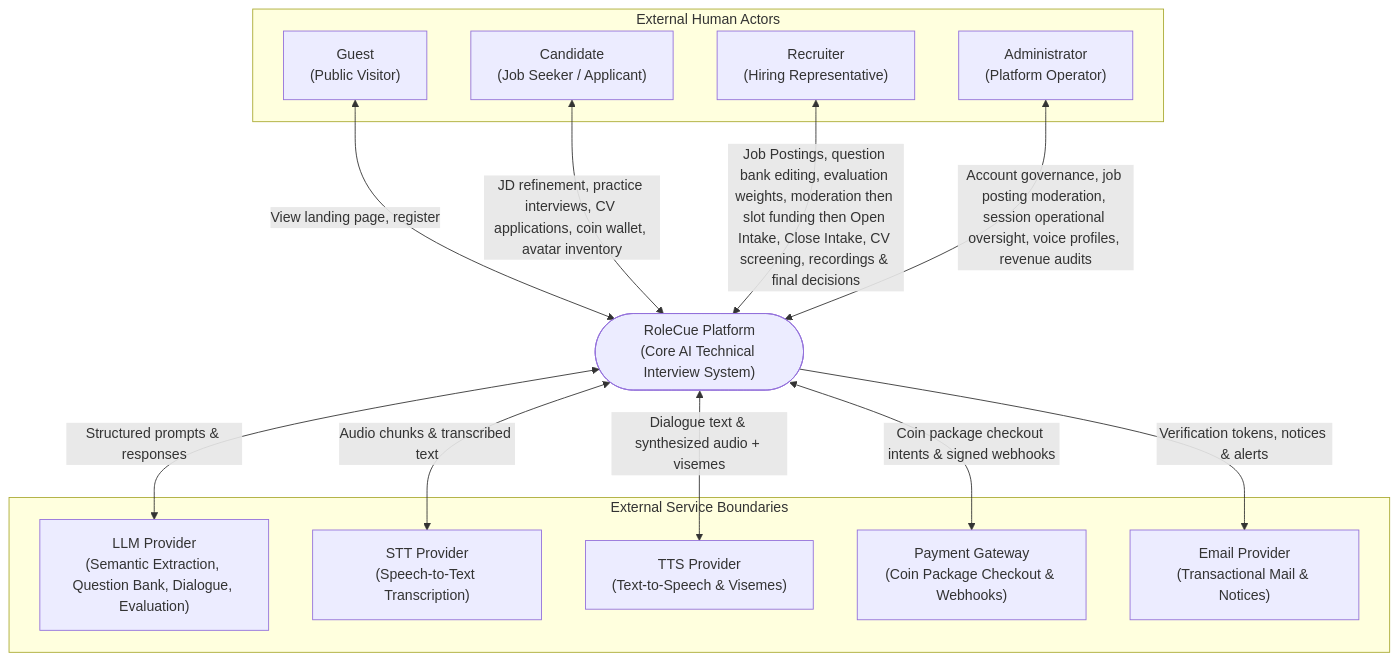
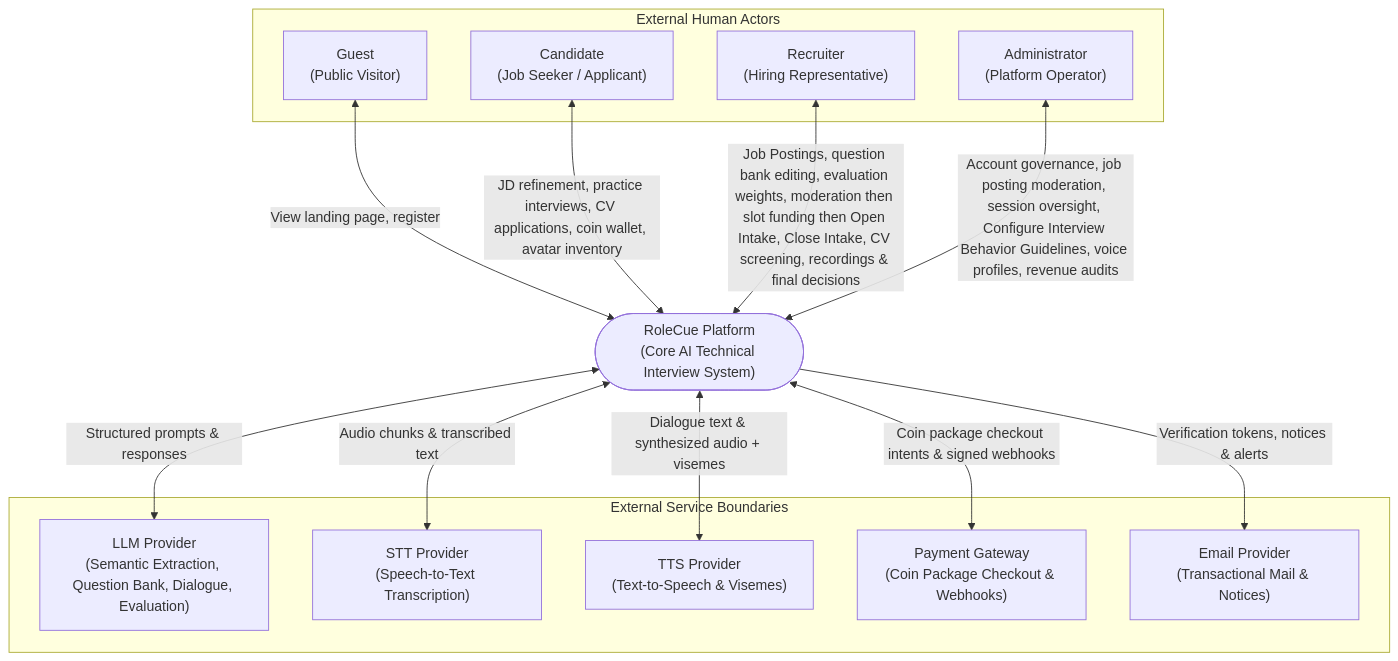
The diagram in 02_System/Context.md (cog-forge/role-cue-brain), drawn with Mermaid before and after one commit. The commit also changed other lines of this file and 8 other files, not shown here.

First line of the commit message:
docs(brain): reconcile admin guidelines and planned auth service

````diff
--- a/02_System/Context.md
+++ b/02_System/Context.md
@@ -33,32 +33,32 @@
 ```mermaid
 flowchart TD
     subgraph ExternalActors["External Human Actors"]
         GUEST["Guest<br/>(Public Visitor)"]
         CAND["Candidate<br/>(Job Seeker / Applicant)"]
         REC["Recruiter<br/>(Hiring Representative)"]
         ADMIN["Administrator<br/>(Platform Operator)"]
     end
 
     SYSTEM(["RoleCue Platform<br/>(Core AI Technical Interview System)"])
 
     subgraph ExternalServices["External Service Boundaries"]
         LLM["LLM Provider<br/>(Semantic Extraction, Question Bank, Dialogue, Evaluation)"]
         STT["STT Provider<br/>(Speech-to-Text Transcription)"]
         TTS["TTS Provider<br/>(Text-to-Speech & Visemes)"]
         PAY["Payment Gateway<br/>(Coin Package Checkout & Webhooks)"]
         EMAIL["Email Provider<br/>(Transactional Mail & Notices)"]
     end
 
     %% Actor Interactions
     GUEST <-->|"View landing page, register"| SYSTEM
     CAND <-->|"JD refinement, practice interviews, CV applications, coin wallet, avatar inventory"| SYSTEM
     REC <-->|"Job Postings, question bank editing, evaluation weights, moderation then slot funding then Open Intake, Close Intake, CV screening, recordings & final decisions"| SYSTEM
-    ADMIN <-->|"Account governance, job posting moderation, session operational oversight, voice profiles, revenue audits"| SYSTEM
+    ADMIN <-->|"Account governance, job posting moderation, session oversight, Configure Interview Behavior Guidelines, voice profiles, revenue audits"| SYSTEM
 
     %% Service Interactions
     SYSTEM <-->|"Structured prompts & responses"| LLM
     SYSTEM <-->|"Audio chunks & transcribed text"| STT
     SYSTEM <-->|"Dialogue text & synthesized audio + visemes"| TTS
     SYSTEM <-->|"Coin package checkout intents & signed webhooks"| PAY
     SYSTEM -->|"Verification tokens, notices & alerts"| EMAIL
 ```
````
